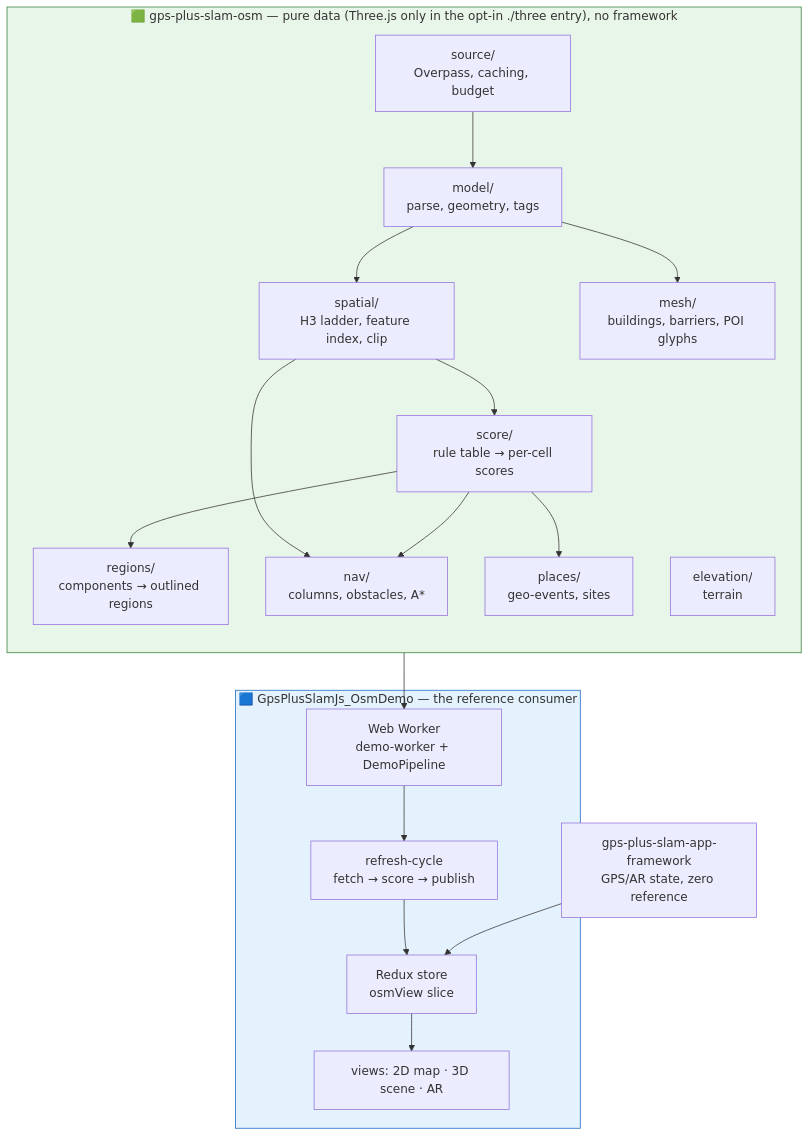
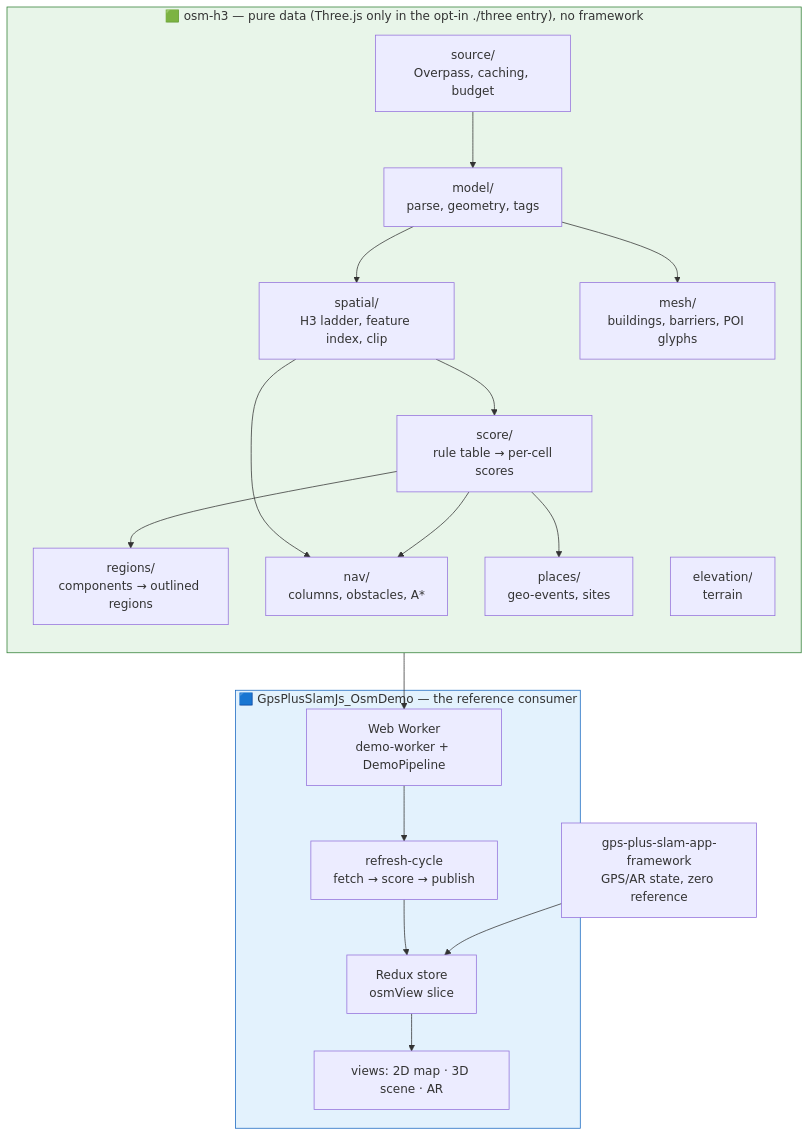
The first of 5 diagrams in GpsPlusSlamJs_Osm/ARCHITECTURE.md (cs-util-com/location-based-webxr), drawn with Mermaid before and after one commit. The commit also changed other lines of this file and 189 other files, not shown here.

First line of the commit message:
refactor(osm): rename the package gps-plus-slam-osm to osm-h3

````diff
--- a/GpsPlusSlamJs_Osm/ARCHITECTURE.md
+++ b/GpsPlusSlamJs_Osm/ARCHITECTURE.md
@@ -37,38 +37,38 @@
 ```mermaid
 flowchart TB
-  subgraph pkg["🟩 gps-plus-slam-osm — pure data (Three.js only in the opt-in ./three entry), no framework"]
+  subgraph pkg["🟩 osm-h3 — pure data (Three.js only in the opt-in ./three entry), no framework"]
     direction TB
     src["source/<br/>Overpass, caching, budget"]
     model["model/<br/>parse, geometry, tags"]
     spatial["spatial/<br/>H3 ladder, feature index, clip"]
     score["score/<br/>rule table → per-cell scores"]
     regions["regions/<br/>components → outlined regions"]
     nav["nav/<br/>columns, obstacles, A*"]
     places["places/<br/>geo-events, sites"]
     mesh["mesh/<br/>buildings, barriers, POI glyphs"]
     elev["elevation/<br/>terrain"]
     src --> model --> spatial --> score --> regions
     spatial --> nav
     score --> nav
     score --> places
     model --> mesh
   end
 
   subgraph demo["🟦 GpsPlusSlamJs_OsmDemo — the reference consumer"]
     worker["Web Worker<br/>demo-worker + DemoPipeline"]
     store["Redux store<br/>osmView slice"]
     cycle["refresh-cycle<br/>fetch → score → publish"]
     views["views: 2D map · 3D scene · AR"]
     worker --> cycle --> store --> views
   end
 
   fw["gps-plus-slam-app-framework<br/>GPS/AR state, zero reference"]
 
   pkg --> worker
   fw --> store
 
   classDef p fill:#e8f5e9,stroke:#2e7d32
   classDef d fill:#e3f2fd,stroke:#1565c0
   class pkg p
   class demo d
 ```
````
